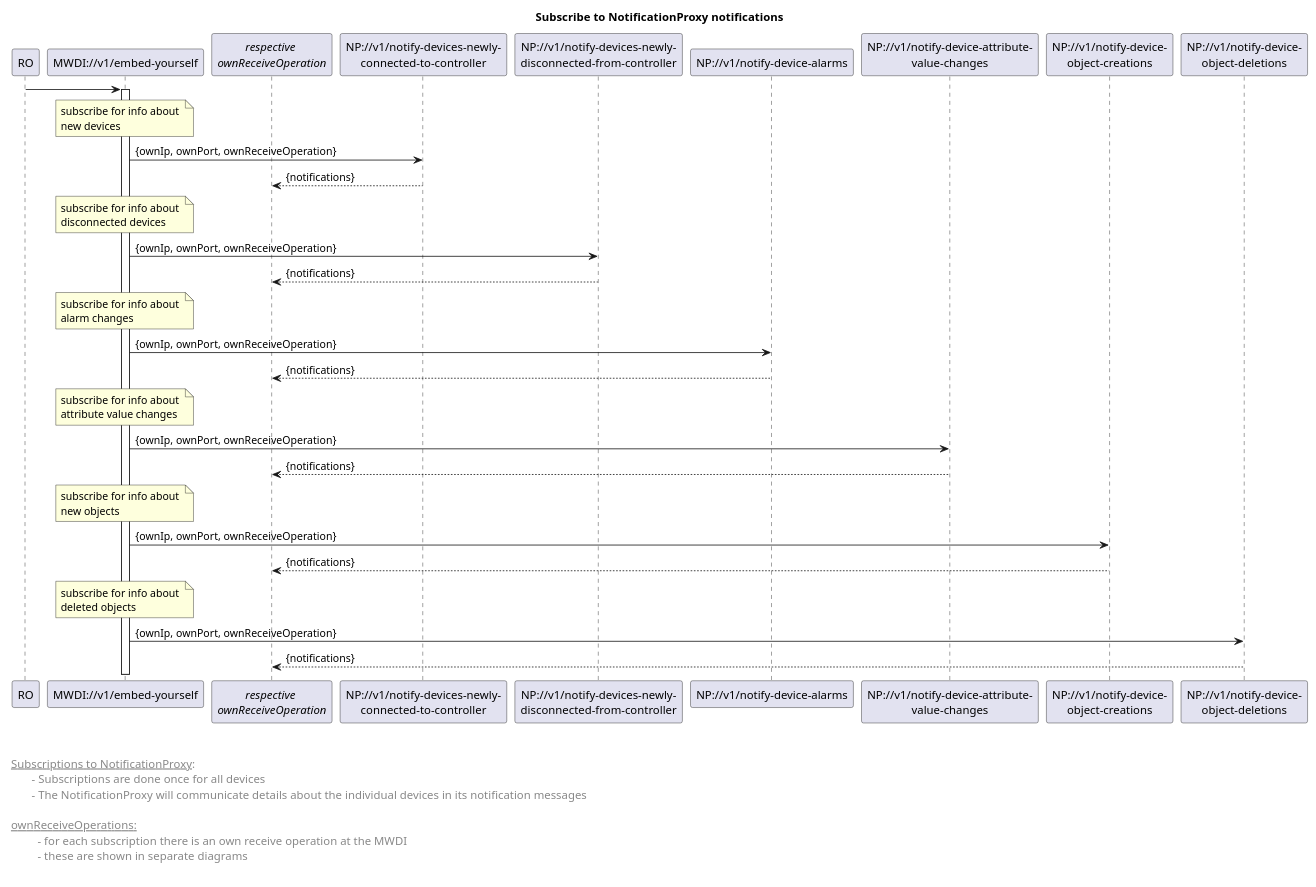
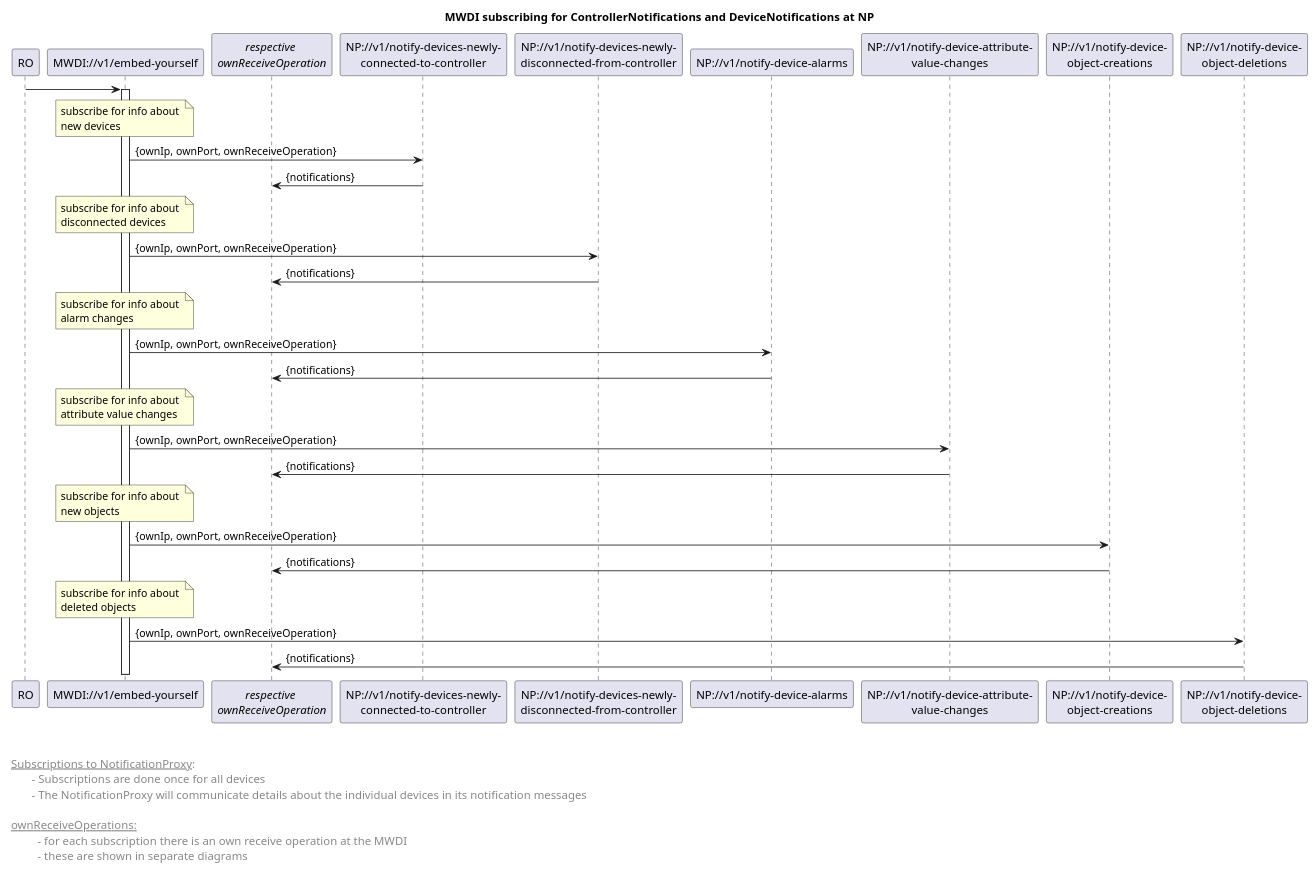
Before and after one commit to openBackhaul/MicroWaveDeviceInventory: the diagram in spec/diagrams/00x_subscribeAtNotificationProxy.plantuml, drawn with PlantUML. The commit also changed 3 other files, not shown here.

Commit message:
Update Readme and some diagrams

```diff
--- a/spec/diagrams/00x_subscribeAtNotificationProxy.plantuml
+++ b/spec/diagrams/00x_subscribeAtNotificationProxy.plantuml
@@ -1,72 +1,72 @@
-@startuml
+@startuml 00x_subscribeAtNotificationProxy
 skinparam responseMessageBelowArrow true
 skinparam participant {
   StereotypeFontSize 12  
 }
 
-title Subscribe to NotificationProxy notifications
+title MWDI subscribing for ControllerNotifications and DeviceNotifications at NP
 
 'participants
 participant "RO" as ro
 participant "MWDI://v1/embed-yourself" as mwdi
 participant "<i>respective</i> \n<i>ownReceiveOperation</i>" as receivers
 participant "NP://v1/notify-devices-newly-\nconnected-to-controller" as npnew
 participant "NP://v1/notify-devices-newly-\ndisconnected-from-controller" as npdisconnected
 participant "NP://v1/notify-device-alarms" as npalarm
 participant "NP://v1/notify-device-attribute-\nvalue-changes" as npattributechange
 participant "NP://v1/notify-device-\nobject-creations" as npobjcreate
 participant "NP://v1/notify-device-\nobject-deletions" as npobjdelete
 
 ro -> mwdi
 activate mwdi
 
 note over mwdi: subscribe for info about \nnew devices
 mwdi -> npnew: {ownIp, ownPort, ownReceiveOperation}
-npnew --> receivers: {notifications}
+npnew -> receivers: {notifications}
 
 note over mwdi: subscribe for info about \ndisconnected devices
 mwdi -> npdisconnected: {ownIp, ownPort, ownReceiveOperation}
-npdisconnected --> receivers: {notifications}
+npdisconnected -> receivers: {notifications}
 
 note over mwdi: subscribe for info about \nalarm changes
 mwdi -> npalarm: {ownIp, ownPort, ownReceiveOperation}
-npalarm --> receivers: {notifications}
+npalarm -> receivers: {notifications}
 
 note over mwdi: subscribe for info about \nattribute value changes
 mwdi -> npattributechange: {ownIp, ownPort, ownReceiveOperation}
-npattributechange --> receivers: {notifications}
+npattributechange -> receivers: {notifications}
 
 note over mwdi: subscribe for info about \nnew objects
 mwdi -> npobjcreate: {ownIp, ownPort, ownReceiveOperation}
-npobjcreate --> receivers: {notifications}
+npobjcreate -> receivers: {notifications}
 
 note over mwdi: subscribe for info about \ndeleted objects
 mwdi -> npobjdelete: {ownIp, ownPort, ownReceiveOperation}
-npobjdelete --> receivers: {notifications}
+npobjdelete -> receivers: {notifications}
 
 
 
 
 
 left footer 
 
 
 <u> Subscriptions to NotificationProxy</u>:
 \t- Subscriptions are done once for all devices
 \t- The NotificationProxy will communicate details about the individual devices in its notification messages
 
 <u> ownReceiveOperations:</u>
 \t  - for each subscription there is an own receive operation at the MWDI
 \t  - these are shown in separate diagrams
 
 end footer
 
 
 <style>
 footer {
   HorizontalAlignment left
   FontSize 14
 }
 </style>
 
 @enduml
```
